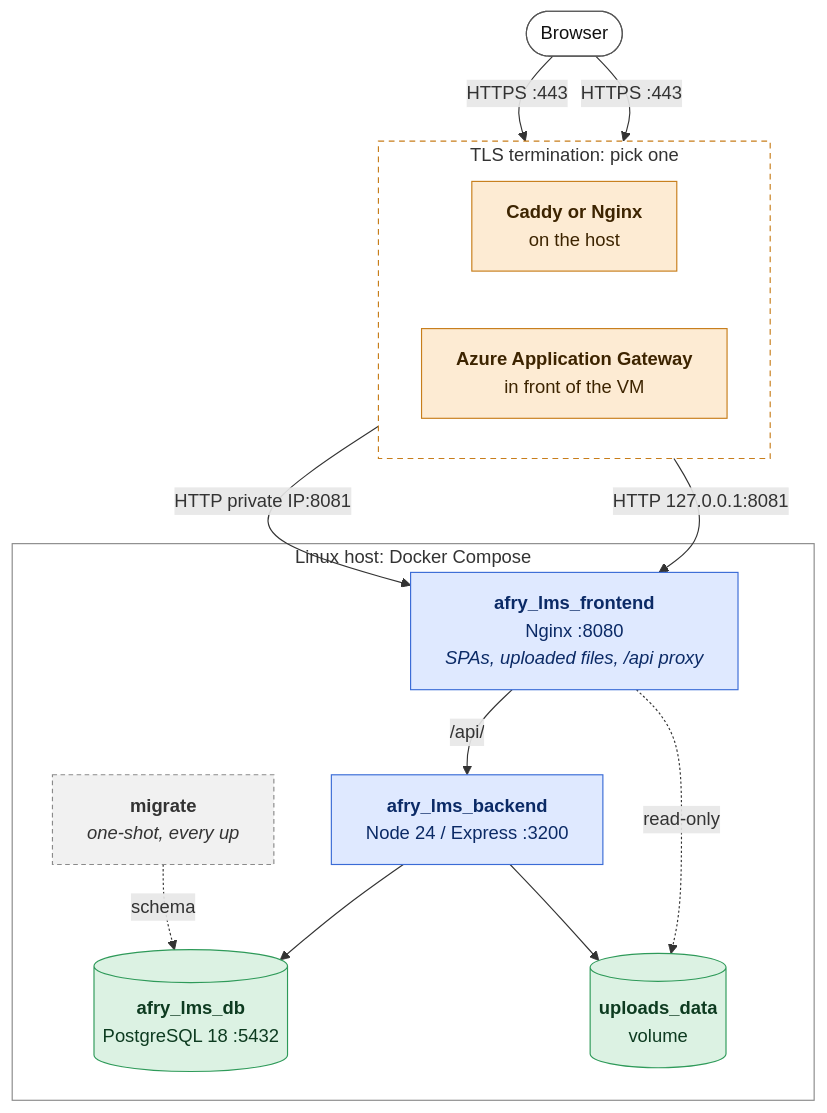
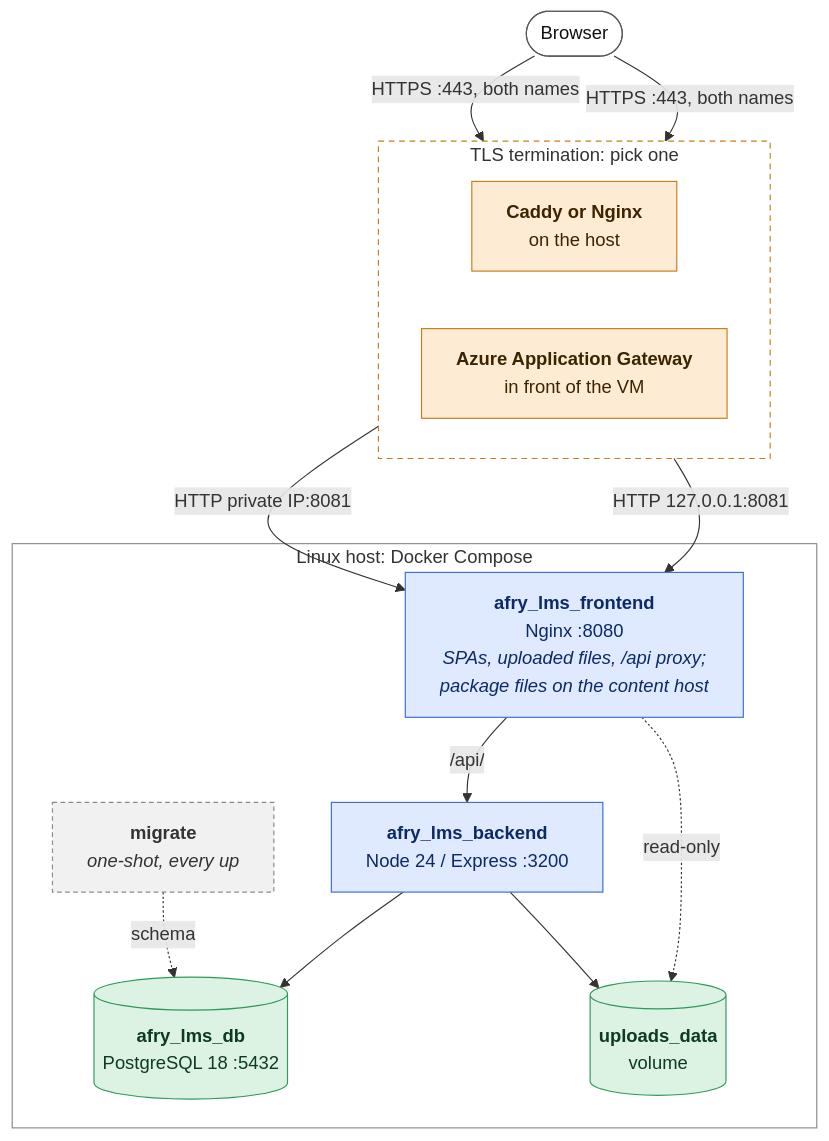
The diagram in docs/deployment/production-deployment.md (xavier-follet/afry-lms-releases), drawn with Mermaid before and after one commit. The commit also changed other lines of this file and 4 other files, not shown here.

````diff
--- a/docs/deployment/production-deployment.md
+++ b/docs/deployment/production-deployment.md
@@ -5,42 +5,42 @@
 ```mermaid
 %%{init: {"flowchart": {"wrappingWidth": 260}}}%%
 flowchart TB
     user(["Browser"])
 
     subgraph tls["TLS termination: pick one"]
         direction LR
         proxy["<b>Caddy or Nginx</b><br/>on the host"]
         agw["<b>Azure Application Gateway</b><br/>in front of the VM"]
     end
 
     subgraph host["Linux host: Docker Compose"]
-        frontend["<b>afry_lms_frontend</b><br/>Nginx :8080<br/><i>SPAs, uploaded files, /api proxy</i>"]
+        frontend["<b>afry_lms_frontend</b><br/>Nginx :8080<br/><i>SPAs, uploaded files, /api proxy;<br/>package files on the content host</i>"]
         backend["<b>afry_lms_backend</b><br/>Node 24 / Express :3200"]
         db[("<b>afry_lms_db</b><br/>PostgreSQL 18 :5432")]
         uploads[("<b>uploads_data</b><br/>volume")]
         migrate["<b>migrate</b><br/><i>one-shot, every up</i>"]
     end
 
-    user -- "HTTPS :443" --> proxy
-    user -- "HTTPS :443" --> agw
+    user -- "HTTPS :443, both names" --> proxy
+    user -- "HTTPS :443, both names" --> agw
     proxy -- "HTTP 127.0.0.1:8081" --> frontend
     agw -- "HTTP private IP:8081" --> frontend
     frontend -- "/api/" --> backend
     frontend -. "read-only" .-> uploads
     backend --> uploads
     backend --> db
     migrate -. "schema" .-> db
 
     classDef edge fill:#fdebd3,stroke:#c77d1a,color:#3d2400
     classDef app fill:#dfe9ff,stroke:#3a6bd6,color:#0b2a66
     classDef data fill:#dcf2e3,stroke:#2e9a59,color:#0d3b20
     classDef job fill:#f1f1f1,stroke:#8a8a8a,color:#333,stroke-dasharray:4 3
     classDef client fill:#ffffff,stroke:#555,color:#111
     class proxy,agw edge
     class frontend,backend app
     class db,uploads data
     class migrate job
     class user client
     style tls fill:none,stroke:#c77d1a,stroke-dasharray:5 4
     style host fill:none,stroke:#8a8a8a
 ```
````
